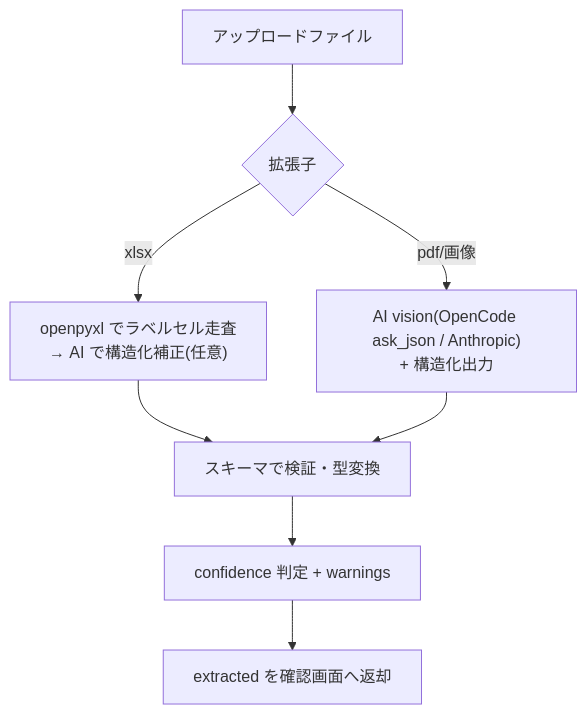
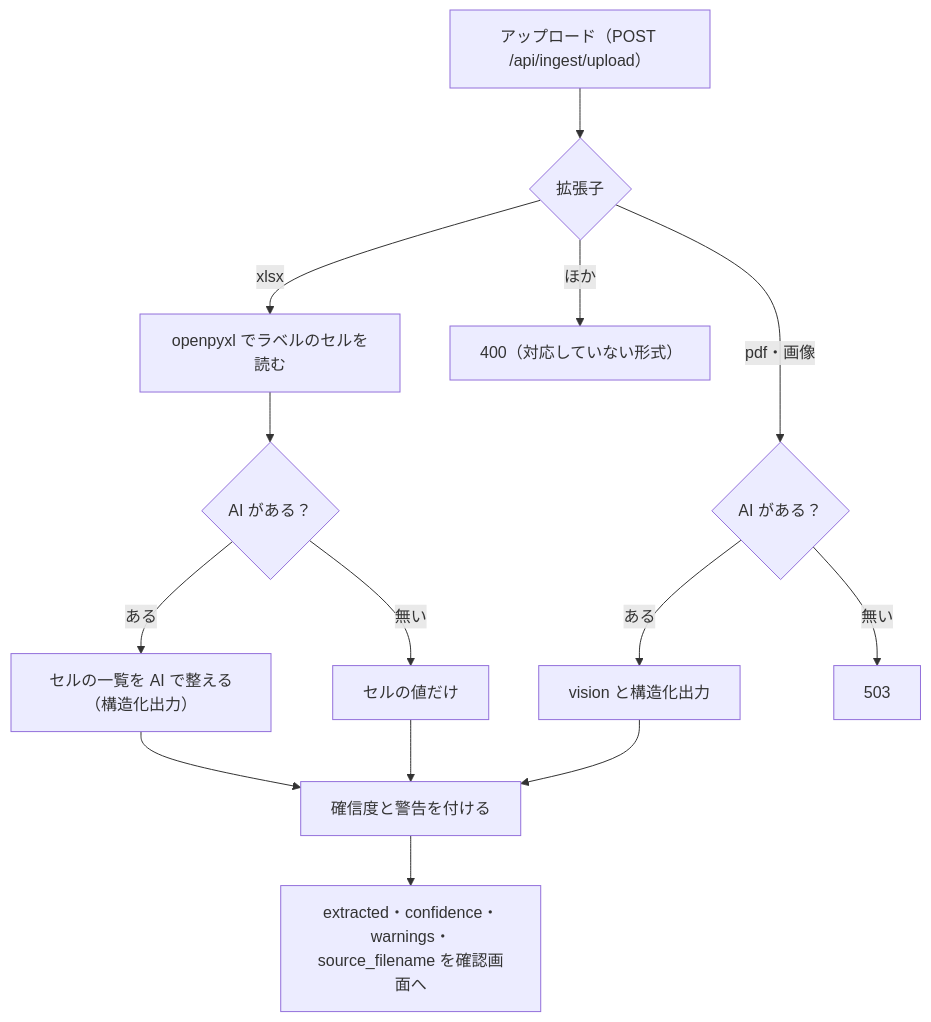
Before and after one commit to luvwinnie/2026_ai_seminar: the fourth of 4 diagrams in docs/06_AI設計書.md, drawn with Mermaid. The commit also changed other lines of this file and 570 other files, not shown here.

````diff
--- a/docs/06_AI設計書.md
+++ b/docs/06_AI設計書.md
@@ -46,10 +493,16 @@
 ```mermaid
 flowchart TD
-    F["アップロードファイル"] --> T{"拡張子"}
-    T -->|xlsx| X["openpyxl でラベルセル走査\n→ AI で構造化補正(任意)"]
-    T -->|pdf/画像| V["AI vision(OpenCode ask_json / Anthropic)\n+ 構造化出力"]
-    X --> S["スキーマで検証・型変換"]
-    V --> S
-    S --> C["confidence 判定 + warnings"]
-    C --> R["extracted を確認画面へ返却"]
+    F["アップロード（POST /api/ingest/upload）"] --> T{"拡張子"}
+    T -->|"xlsx"| X["openpyxl でラベルのセルを読む"]
+    X --> XA{"AI がある？"}
+    XA -->|"ある"| XN["セルの一覧を AI で整える（構造化出力）"]
+    XA -->|"無い"| XC["セルの値だけ"]
+    T -->|"pdf・画像"| PA{"AI がある？"}
+    PA -->|"ある"| V["vision と構造化出力"]
+    PA -->|"無い"| E["503"]
+    XN --> C["確信度と警告を付ける"]
+    XC --> C
+    V --> C
+    C --> R["extracted・confidence・warnings・source_filename を確認画面へ"]
+    T -->|"ほか"| U["400（対応していない形式）"]
 ```
````
